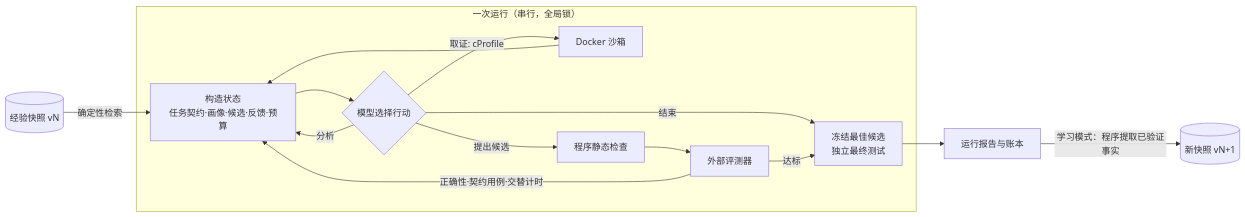
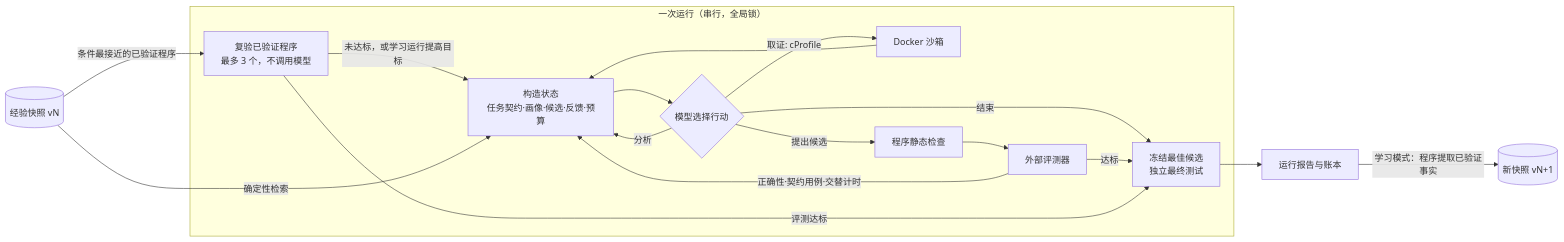
Before and after one commit to bohack-2026-hw/QuotaCrux: the diagram in docs/project-description.md, drawn with Mermaid. The commit also changed other lines of this file and 2 other files, not shown here.

````diff
--- a/docs/project-description.md
+++ b/docs/project-description.md
@@ -30,17 +30,20 @@
 ```mermaid
 flowchart LR
     subgraph Run[一次运行（串行，全局锁）]
       S[构造状态<br/>任务契约·画像·候选·反馈·预算] --> M{模型选择行动}
       M -->|分析| S
       M -->|取证: cProfile| T[Docker 沙箱]
       M -->|提出候选| C[程序静态检查]
       C --> E[外部评测器]
       T --> S
       E -->|正确性·契约用例·交替计时| S
       M -->|结束| F
       E -->|达标| F[冻结最佳候选<br/>独立最终测试]
+      P[复验已验证程序<br/>最多 3 个，不调用模型] -->|评测达标| F
+      P -->|未达标，或学习运行提高目标| S
     end
     K[(经验快照 vN)] -->|确定性检索| S
+    K -->|条件最接近的已验证程序| P
     F --> R[运行报告与账本]
     R -->|学习模式：程序提取已验证事实| K2[(新快照 vN+1)]
 ```
````
